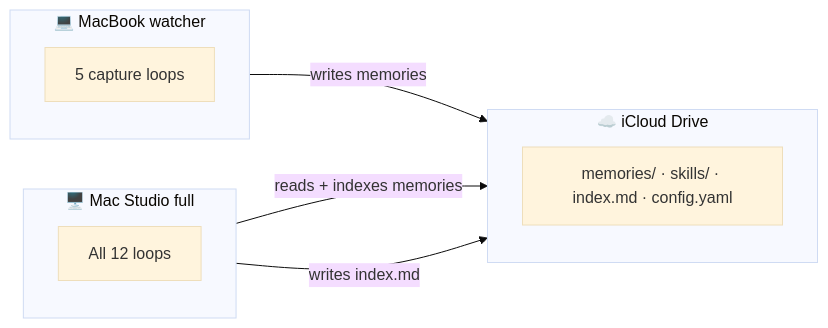
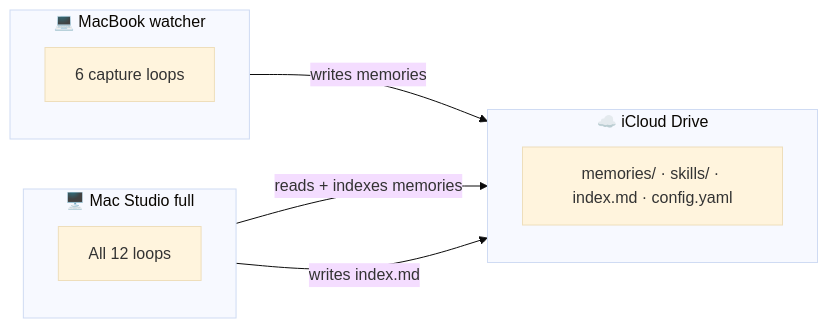
One commit to chrisbrobertson/felix changed the sixth of 9 diagrams in README.md. Above: the diagram before and after it, drawn with Mermaid (base theme). The commit also changed other lines of this file and 11 other files, not shown here.

````diff
--- a/README.md
+++ b/README.md
@@ -923,16 +940,16 @@
 ```mermaid
 graph LR
     subgraph LAPTOP["💻  MacBook  watcher"]
-        WB[5 capture loops]
+        WB[6 capture loops]
     end
     subgraph STUDIO["🖥️  Mac Studio  full"]
         ALL[All 12 loops]
     end
     subgraph CLOUD["☁️  iCloud Drive"]
         FILES["memories/ · skills/ · index.md · config.yaml"]
     end
 
     LAPTOP -- "writes memories" --> CLOUD
     STUDIO -- "reads + indexes memories" --> CLOUD
     STUDIO -- "writes index.md" --> CLOUD
 ```
````
